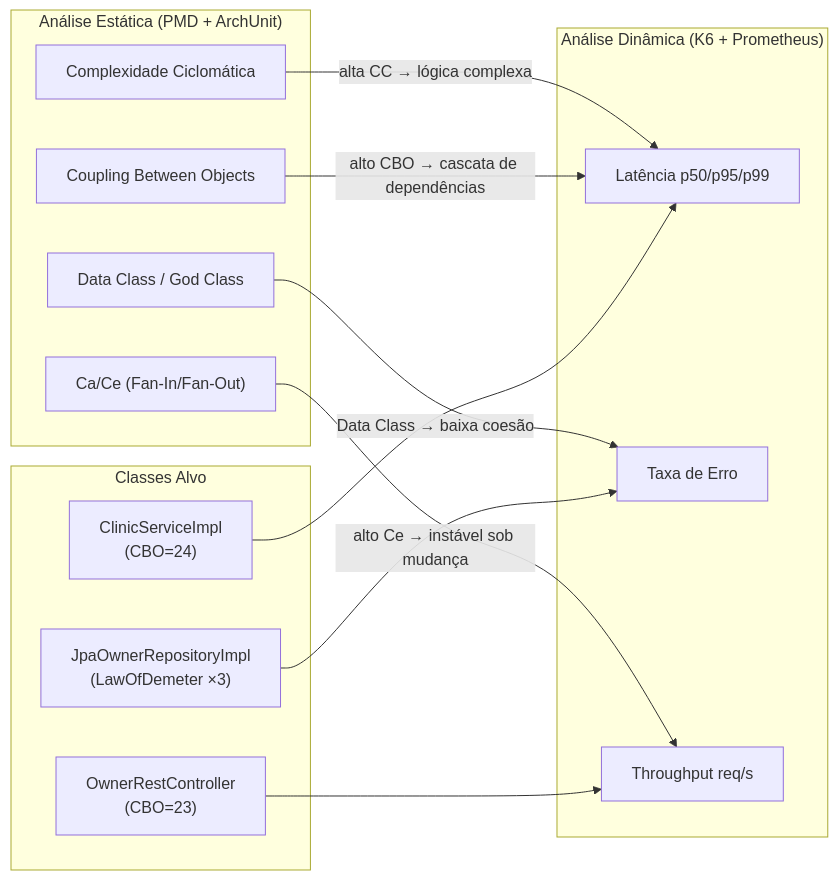
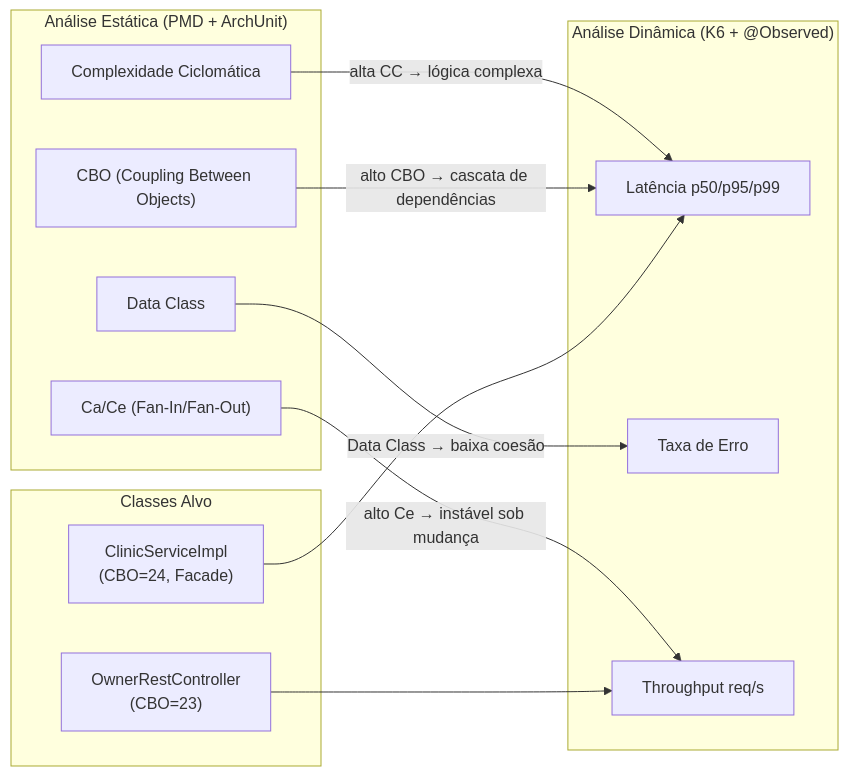
One commit to diogomasc/spring-petclinic-rest changed the fifth of 6 diagrams in docs/referencia-tecnica-petclinic.md. Above: the diagram before and after it, drawn with Mermaid. The commit also changed other lines of this file and 2 other files, not shown here.

````diff
--- a/docs/referencia-tecnica-petclinic.md
+++ b/docs/referencia-tecnica-petclinic.md
@@ -419,30 +350,28 @@
 ```mermaid
 flowchart LR
     subgraph "Análise Estática (PMD + ArchUnit)"
         CC[Complexidade Ciclomática]
-        CBO[Coupling Between Objects]
-        DC[Data Class / God Class]
+        CBO["CBO (Coupling Between Objects)"]
+        DC[Data Class]
         CA["Ca/Ce (Fan-In/Fan-Out)"]
     end
 
-    subgraph "Análise Dinâmica (K6 + Prometheus)"
-        LAT[Latência p50/p95/p99]
+    subgraph "Análise Dinâmica (K6 + @Observed)"
+        LAT["Latência p50/p95/p99"]
         ERR[Taxa de Erro]
-        THR[Throughput req/s]
+        THR["Throughput req/s"]
     end
 
     subgraph "Classes Alvo"
-        OC2["ClinicServiceImpl\n(CBO=24)"]
+        OC2["ClinicServiceImpl\n(CBO=24, Facade)"]
         OR2["OwnerRestController\n(CBO=23)"]
-        VR2["JpaOwnerRepositoryImpl\n(LawOfDemeter ×3)"]
     end
 
     CC -->|"alta CC → lógica complexa"| LAT
     CBO -->|"alto CBO → cascata de dependências"| LAT
     DC -->|"Data Class → baixa coesão"| ERR
     CA -->|"alto Ce → instável sob mudança"| THR
 
     OC2 --> LAT
     OR2 --> THR
-    VR2 --> ERR
 ```
````
